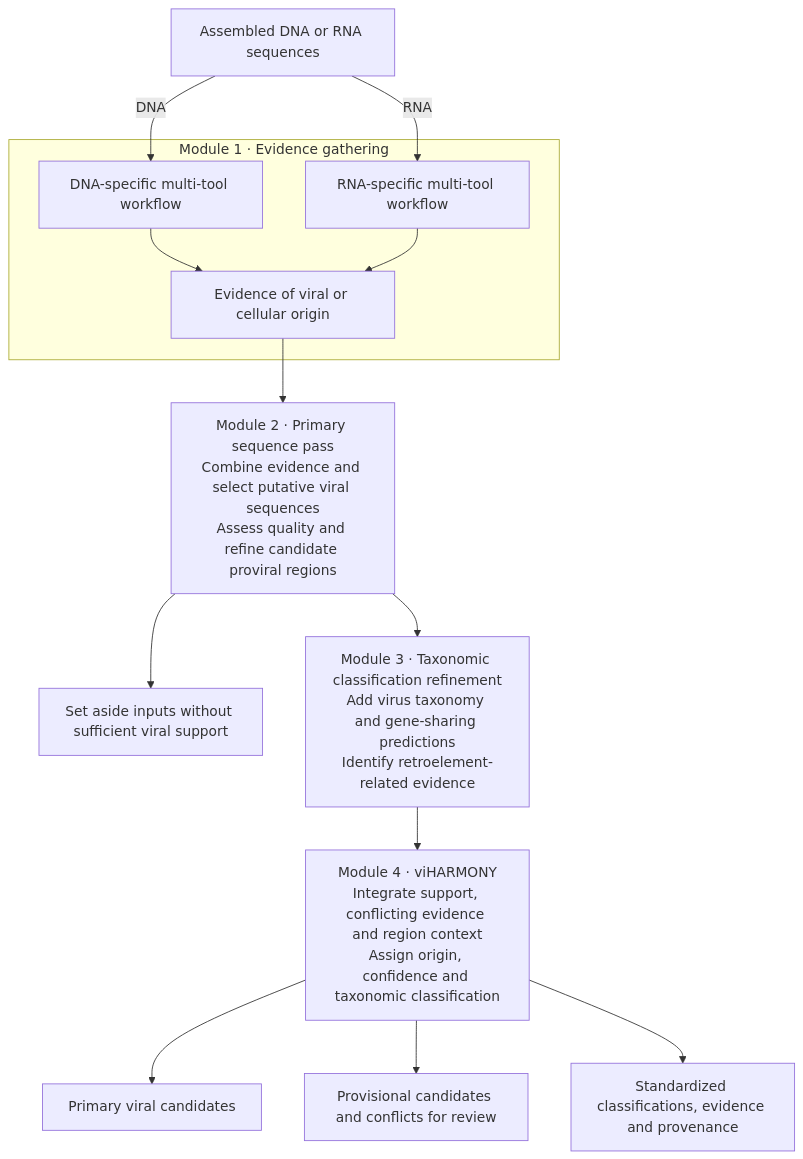
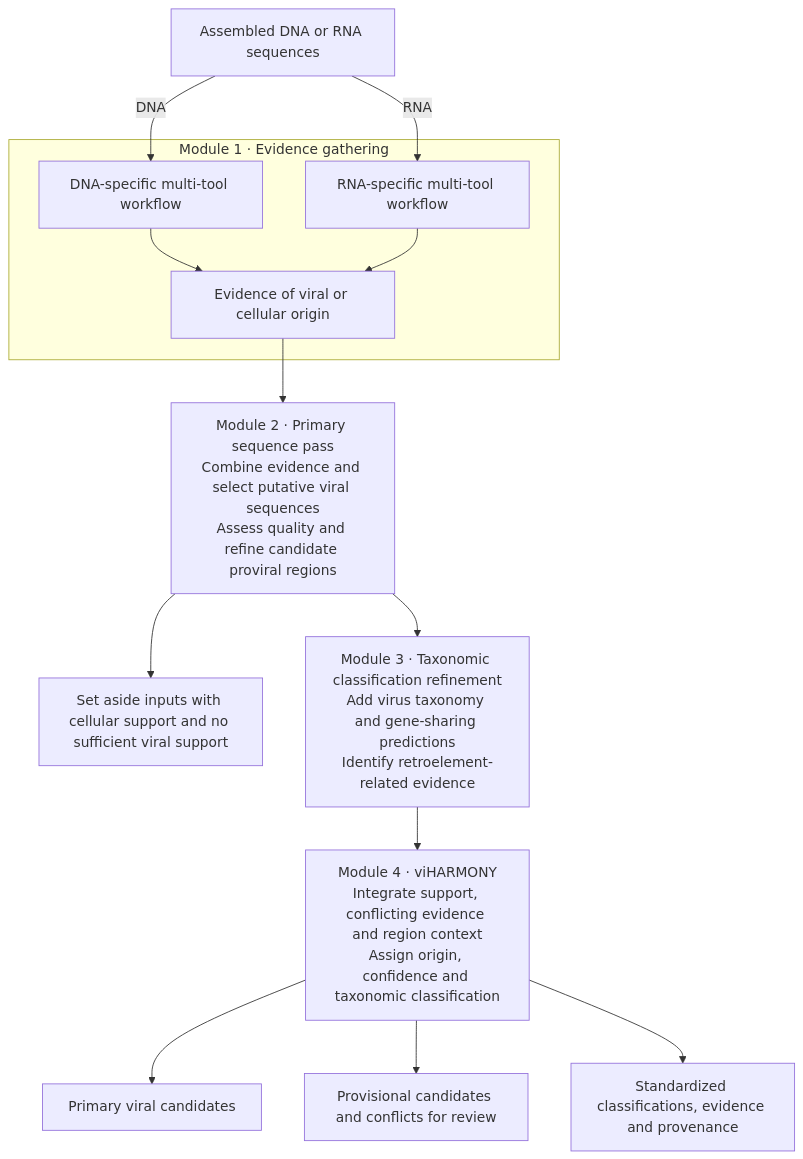
One commit to ViDaB-Lab/viSUM changed the diagram in README.md. Above: the diagram before and after it, drawn with Mermaid. The commit also changed other lines of this file, not shown here.

````diff
--- a/README.md
+++ b/README.md
@@ -13,20 +19,20 @@
 ```mermaid
 flowchart TD
     INPUT["Assembled DNA or RNA sequences"]
     subgraph M1["Module 1 · Evidence gathering"]
         DNA["DNA-specific multi-tool workflow"]
         RNA["RNA-specific multi-tool workflow"]
         EVIDENCE["Evidence of viral or cellular origin"]
         DNA --> EVIDENCE
         RNA --> EVIDENCE
     end
     INPUT -->|DNA| DNA
     INPUT -->|RNA| RNA
     EVIDENCE --> M2["Module 2 · Primary sequence pass<br/>Combine evidence and select putative viral sequences<br/>Assess quality and refine candidate proviral regions"]
-    M2 --> ASIDE["Set aside inputs without sufficient viral support"]
+    M2 --> ASIDE["Set aside inputs with cellular support and no sufficient viral support"]
     M2 --> M3["Module 3 · Taxonomic classification refinement<br/>Add virus taxonomy and gene-sharing predictions<br/>Identify retroelement-related evidence"]
     M3 --> M4["Module 4 · viHARMONY<br/>Integrate support, conflicting evidence and region context<br/>Assign origin, confidence and taxonomic classification"]
     M4 --> PRIMARY["Primary viral candidates"]
     M4 --> REVIEW["Provisional candidates and conflicts for review"]
     M4 --> RECORDS["Standardized classifications, evidence and provenance"]
 ```
````
